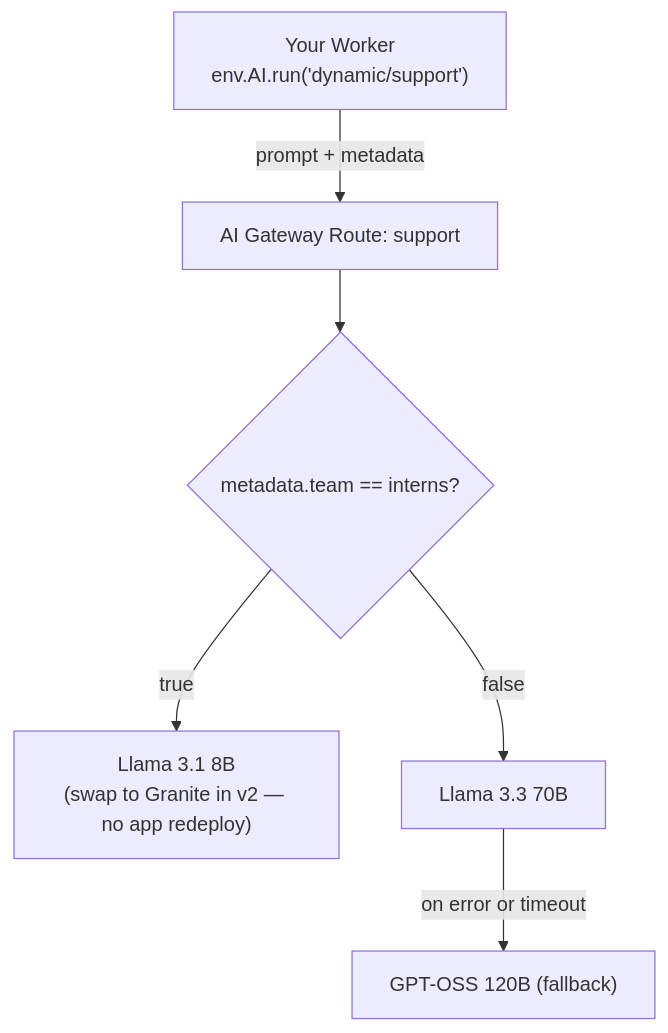
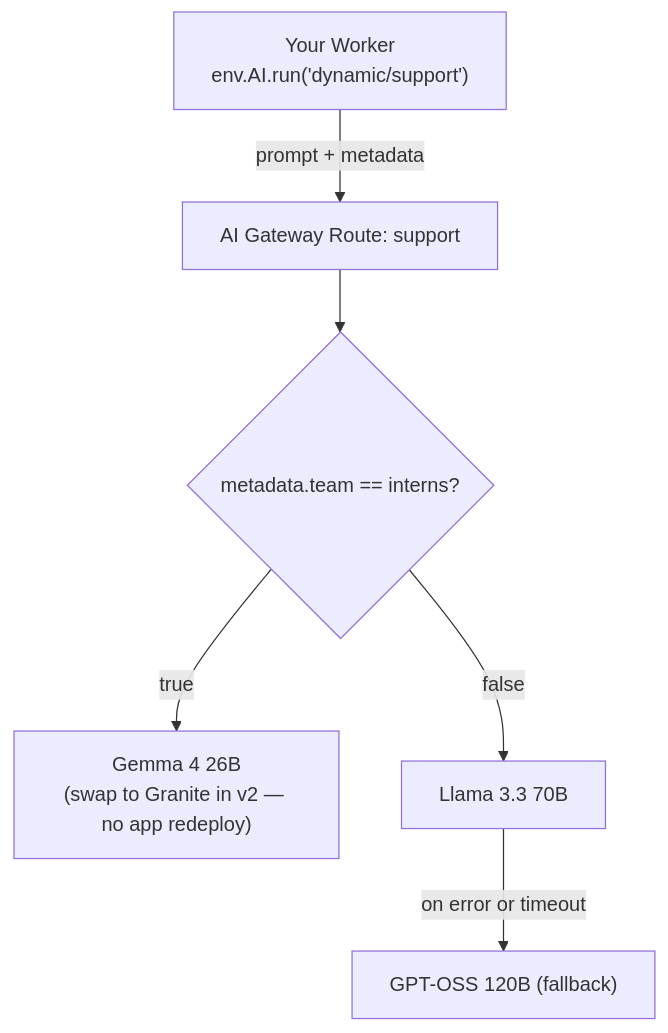
One commit to agentschools/cfdev.school changed the diagram in courses/fundamentals/ai-gateway/exercises/04-route-and-fall-back.md. Above: the diagram before and after it, drawn with Mermaid. The commit also changed other lines of this file and 2 other files, not shown here.

First line of the commit message:
Replace deprecated llama-3.1-8b-instruct-fp8 with gemma-4-26b-a4b-it in AI Gateway course (#186)

````diff
--- a/courses/fundamentals/ai-gateway/exercises/04-route-and-fall-back.md
+++ b/courses/fundamentals/ai-gateway/exercises/04-route-and-fall-back.md
@@ -120,8 +120,8 @@
 ```mermaid
 flowchart TD
   App["Your Worker\nenv.AI.run('dynamic/support')"] -->|"prompt + metadata"| Start["AI Gateway Route: support"]
   Start --> Check{"metadata.team == interns?"}
-  Check -->|"true"| Economical["Llama 3.1 8B\n(swap to Granite in v2 — no app redeploy)"]
+  Check -->|"true"| Economical["Gemma 4 26B\n(swap to Granite in v2 — no app redeploy)"]
   Check -->|"false"| Capable["Llama 3.3 70B"]
   Capable -->|"on error or timeout"| Backup["GPT-OSS 120B (fallback)"]
 ```
````
